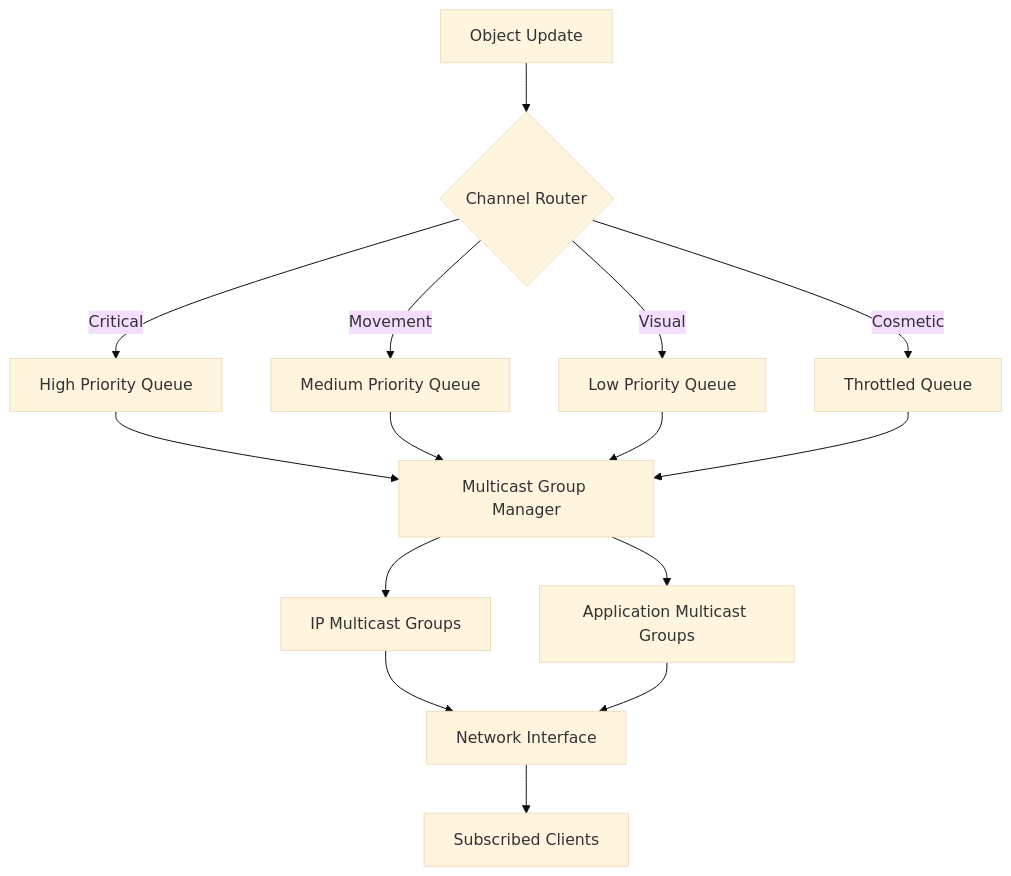
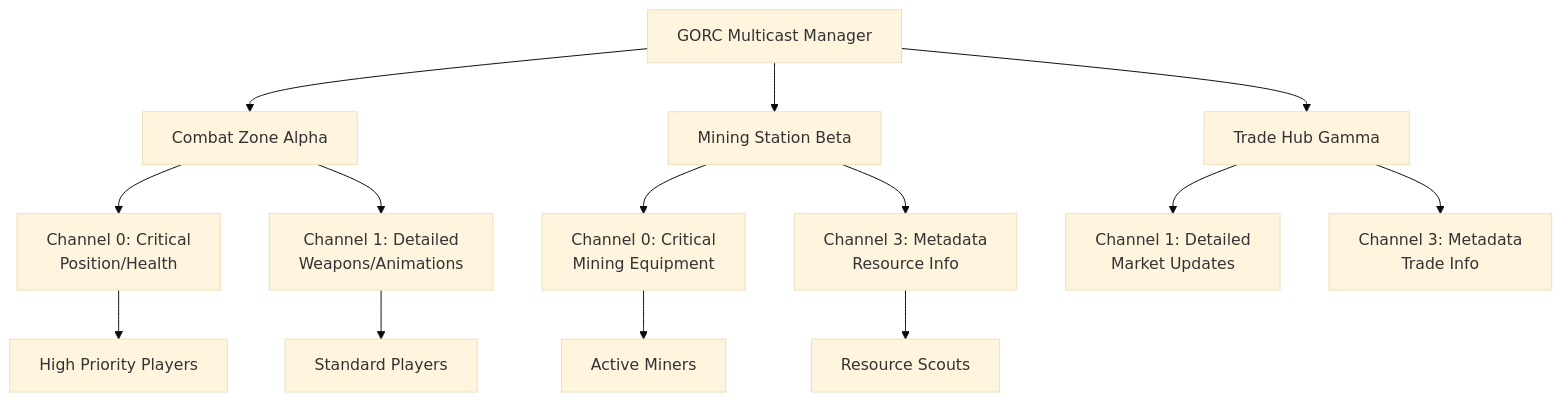
One commit to Far-Beyond-Dev/Horizon changed the second of 3 diagrams in crates/horizon_event_system/src/gorc/README.md. Above: the diagram before and after it, drawn with Mermaid (base theme). The commit also changed other lines of this file, not shown here.

````diff
--- a/crates/horizon_event_system/src/gorc/README.md
+++ b/crates/horizon_event_system/src/gorc/README.md
@@ -87,21 +469,20 @@
 ```mermaid
 graph TD
-    A[Object Update] --> B{Channel Router}
-    B -->|Critical| C[High Priority Queue]
-    B -->|Movement| D[Medium Priority Queue]
-    B -->|Visual| E[Low Priority Queue]
-    B -->|Cosmetic| F[Throttled Queue]
+    A[GORC Multicast Manager] --> B[Combat Zone Alpha]
+    A --> C[Mining Station Beta]
+    A --> D[Trade Hub Gamma]
     
-    C --> G[Multicast Group Manager]
-    D --> G
-    E --> G
-    F --> G
+    B --> B1[Channel 0: Critical<br/>Position/Health]
+    B --> B2[Channel 1: Detailed<br/>Weapons/Animations]
     
-    G --> H[IP Multicast Groups]
-    G --> I[Application Multicast Groups]
+    C --> C1[Channel 0: Critical<br/>Mining Equipment]
+    C --> C2[Channel 3: Metadata<br/>Resource Info]
     
-    H --> J[Network Interface]
-    I --> J
+    D --> D1[Channel 1: Detailed<br/>Market Updates]
+    D --> D2[Channel 3: Metadata<br/>Trade Info]
     
-    J --> K[Subscribed Clients]
+    B1 --> E[High Priority Players]
+    B2 --> F[Standard Players]
+    C1 --> G[Active Miners]
+    C2 --> H[Resource Scouts]
 ```
````
